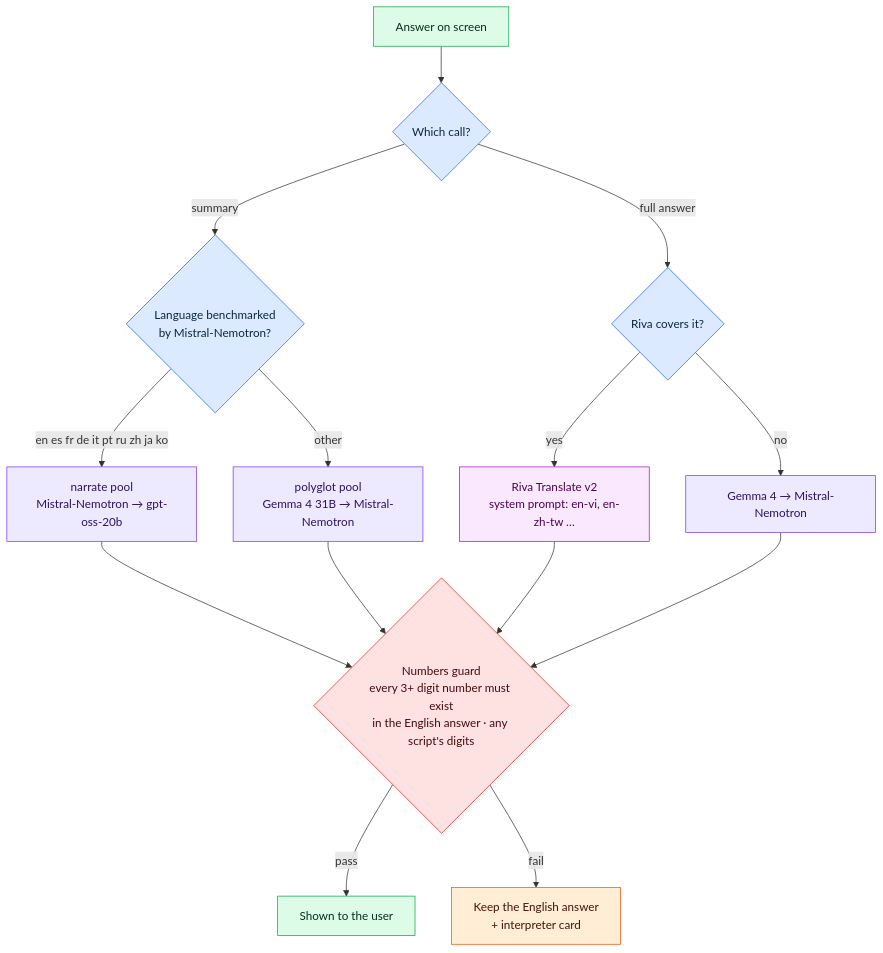
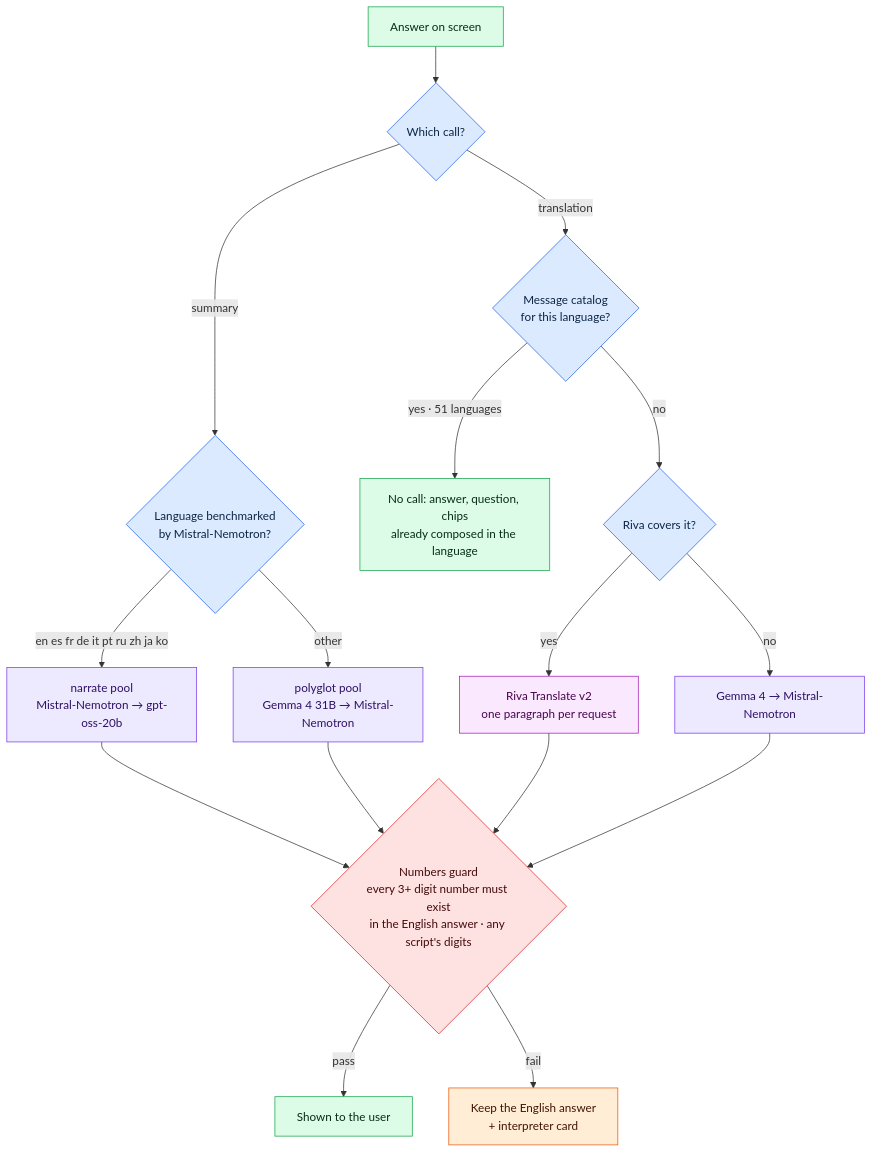
Before and after one commit to Anbu-00001/CivicMesh: the sixth of 9 diagrams in README.md, drawn with Mermaid. The commit also changed other lines of this file and 73 other files, not shown here.

````diff
--- a/README.md
+++ b/README.md
@@ -303,20 +321,22 @@
 ```mermaid
 flowchart TD
     A[Answer on screen]:::ok --> Q1{Which call?}:::det
     Q1 -->|summary| NP{Language benchmarked<br/>by Mistral-Nemotron?}:::det
     NP -->|en es fr de it pt ru zh ja ko| MN[narrate pool<br/>Mistral-Nemotron → gpt-oss-20b]:::llm
     NP -->|other| PG[polyglot pool<br/>Gemma 4 31B → Mistral-Nemotron]:::llm
-    Q1 -->|full answer| TR{Riva covers it?}:::det
-    TR -->|yes| RV[Riva Translate v2<br/>system prompt: en-vi, en-zh-tw …]:::mt
+    Q1 -->|translation| CAT{Message catalog<br/>for this language?}:::det
+    CAT -->|yes · 51 languages| NONE[No call: answer, question, chips<br/>already composed in the language]:::ok
+    CAT -->|no| TR{Riva covers it?}:::det
+    TR -->|yes| RV[Riva Translate v2<br/>one paragraph per request]:::mt
     TR -->|no| GT[Gemma 4 → Mistral-Nemotron]:::llm
     MN & PG & RV & GT --> GD{Numbers guard<br/>every 3+ digit number must exist<br/>in the English answer · any script's digits}:::safety
     GD -->|pass| SHOW[Shown to the user]:::ok
     GD -->|fail| KEEP[Keep the English answer<br/>+ interpreter card]:::warn
 
     classDef det fill:#dbeafe,stroke:#2563eb,color:#0b2545
     classDef ok fill:#dcfce7,stroke:#16a34a,color:#052e16
     classDef llm fill:#ede9fe,stroke:#7c3aed,color:#2e1065
     classDef mt fill:#fae8ff,stroke:#a21caf,color:#4a044e
     classDef safety fill:#fee2e2,stroke:#dc2626,color:#450a0a
     classDef warn fill:#ffedd5,stroke:#ea580c,color:#431407
 ```
````
